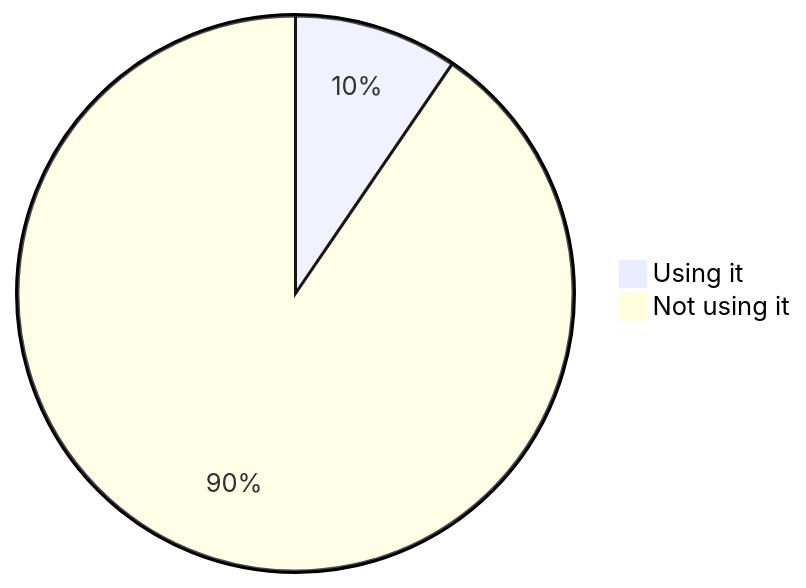
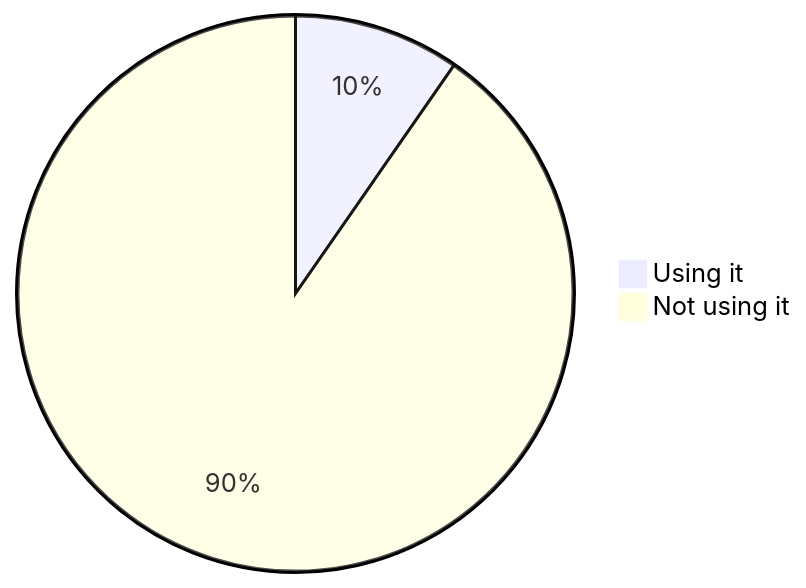
Before and after one commit to oshp/oshp-stats: diagram 13 of 22 in stats.md, drawn with Mermaid. The commit also changed other lines of this file, not shown here.

````diff
--- a/stats.md
+++ b/stats.md
@@ -154,6 +154,6 @@
 ```mermaid
 pie
-	"Using it" : 9.53
-	"Not using it" : 90.47
+	"Using it" : 9.66
+	"Not using it" : 90.34
 
 ```
````
